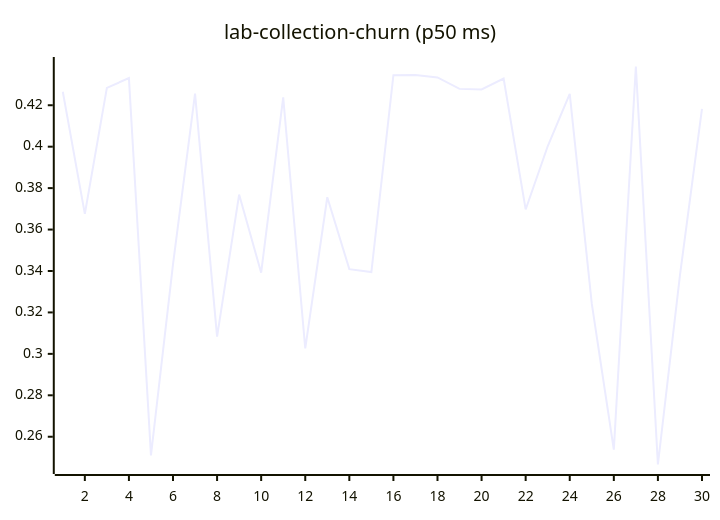
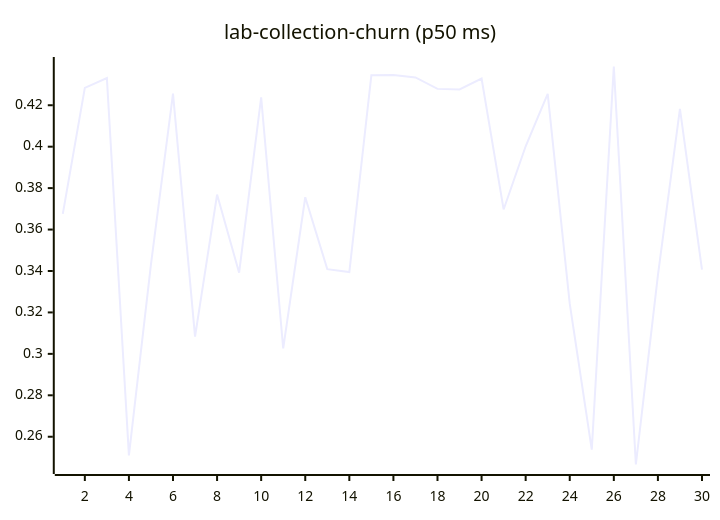
One commit to josha/Facet changed diagram 11 of 27 in README.md. Above: the diagram before and after it, drawn with Mermaid. The commit also changed other lines of this file and 2 other files, not shown here.

````diff
--- a/README.md
+++ b/README.md
@@ -133,6 +133,6 @@
 ```mermaid
 xychart-beta
     title "lab-collection-churn (p50 ms)"
     x-axis 1 --> 30
-    line [0.4265, 0.3676, 0.4284, 0.4331, 0.2510, 0.3432, 0.4256, 0.3083, 0.3769, 0.3392, 0.4238, 0.3026, 0.3756, 0.3409, 0.3395, 0.4345, 0.4346, 0.4334, 0.4279, 0.4276, 0.4329, 0.3697, 0.4002, 0.4255, 0.3242, 0.2538, 0.4387, 0.2466, 0.3379, 0.4183]
+    line [0.3676, 0.4284, 0.4331, 0.2510, 0.3432, 0.4256, 0.3083, 0.3769, 0.3392, 0.4238, 0.3026, 0.3756, 0.3409, 0.3395, 0.4345, 0.4346, 0.4334, 0.4279, 0.4276, 0.4329, 0.3697, 0.4002, 0.4255, 0.3242, 0.2538, 0.4387, 0.2466, 0.3379, 0.4183, 0.3407]
 ```
````
